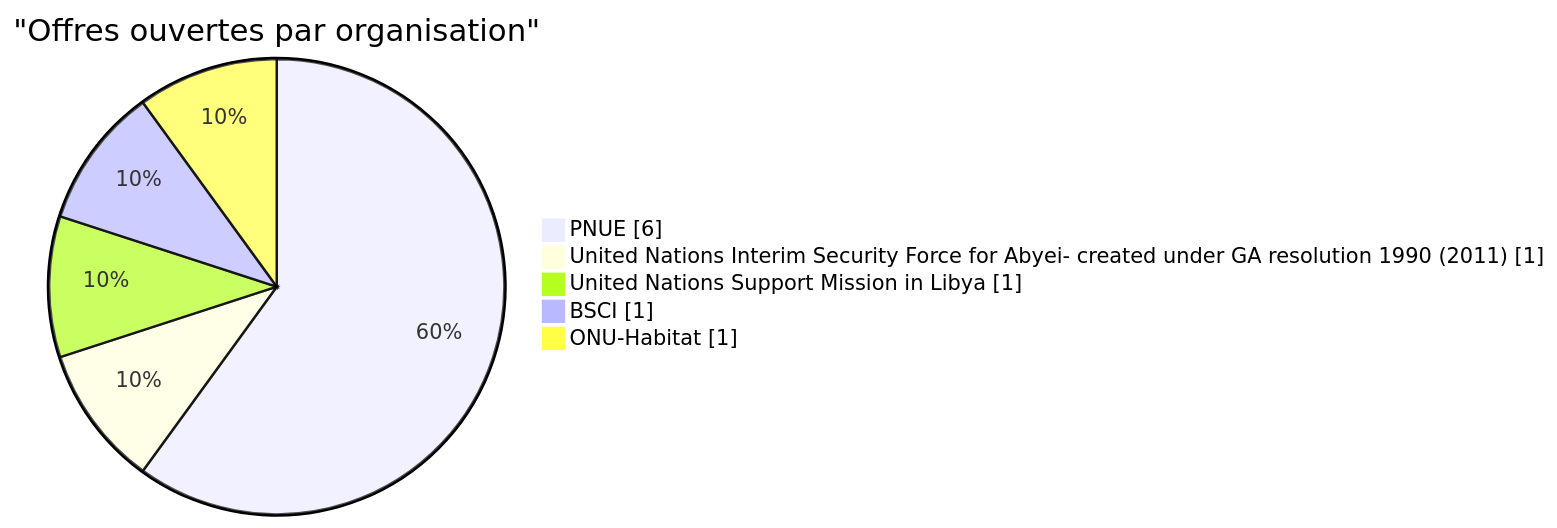
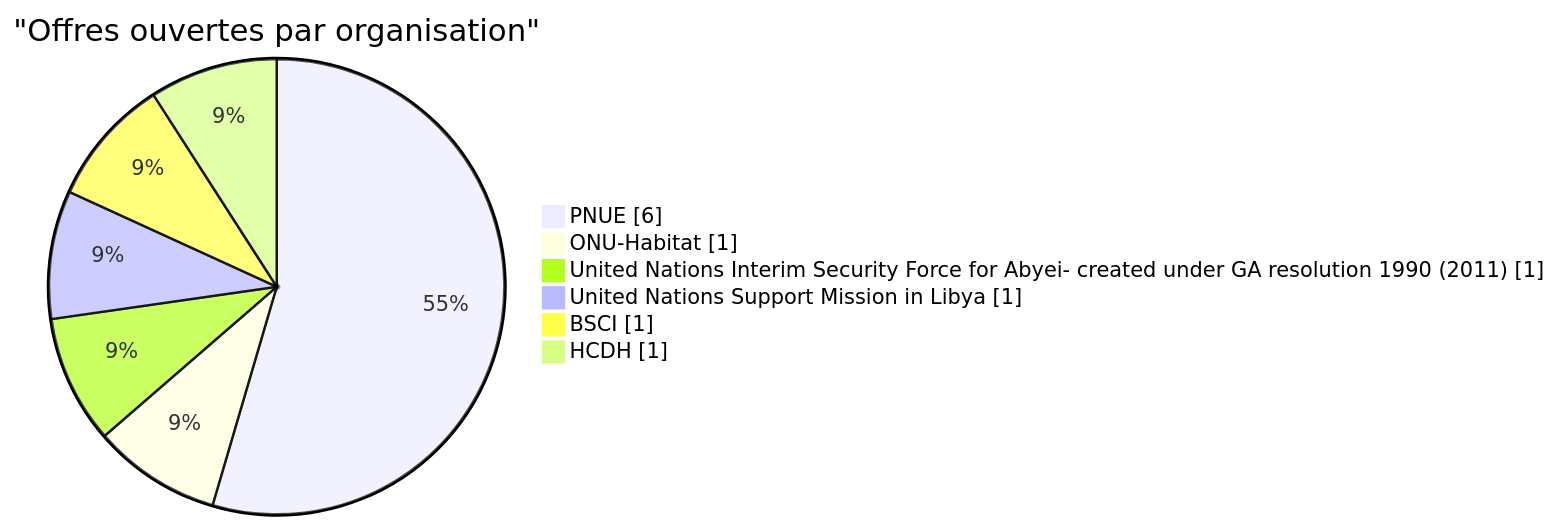
Before and after one commit to Abusooma/offres-tech-africa: the second of 3 diagrams in README.md, drawn with Mermaid. The commit also changed other lines of this file and 2 other files, not shown here.

Commit message:
data: 1 nouvelle offre tech le 2026-11-27 (HCDH)

````diff
--- a/README.md
+++ b/README.md
@@ -79,9 +91,10 @@
 ```mermaid
 pie showData
     title "Offres ouvertes par organisation"
     "PNUE" : 6
+    "ONU-Habitat" : 1
     "United Nations Interim Security Force for Abyei- created under GA resolution 1990 (2011)" : 1
     "United Nations Support Mission in Libya" : 1
     "BSCI" : 1
-    "ONU-Habitat" : 1
+    "HCDH" : 1
 ```
````
